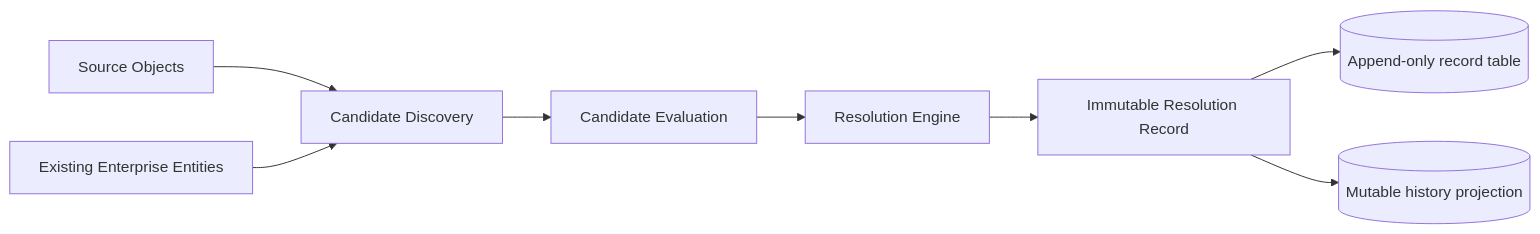
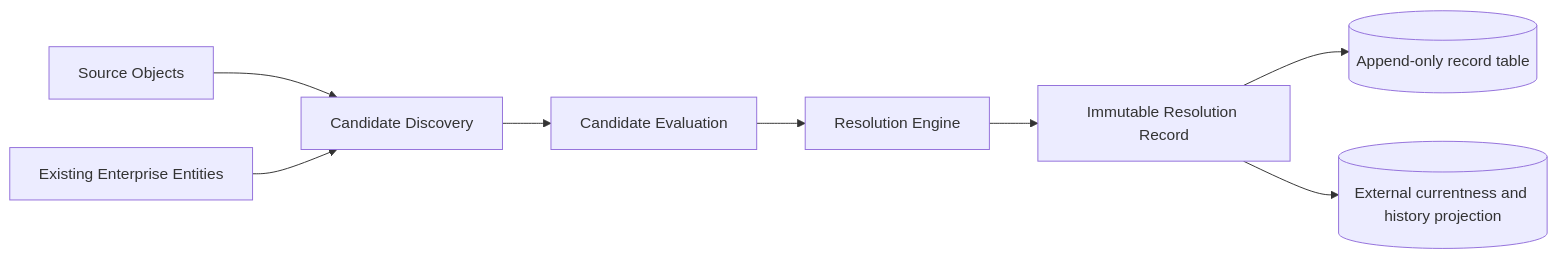
Before and after one commit to manoj96-alt/CTEC: the first of 4 diagrams in docs/cdd/CDD-004-DESIGN.md, drawn with Mermaid. The commit also changed other lines of this file and 108 other files, not shown here.

Commit message:
Architecture: reconcile and publish governed baseline

````diff
--- a/docs/cdd/CDD-004-DESIGN.md
+++ b/docs/cdd/CDD-004-DESIGN.md
@@ -9,10 +9,10 @@
 ```mermaid
 flowchart LR
   SO[Source Objects] --> CD[Candidate Discovery]
   EE[Existing Enterprise Entities] --> CD
   CD --> CE[Candidate Evaluation]
   CE --> ER[Resolution Engine]
   ER --> RR[Immutable Resolution Record]
   RR --> DB[(Append-only record table)]
-  RR --> HP[(Mutable history projection)]
+  RR --> HP[(External currentness and history projection)]
 ```
````
